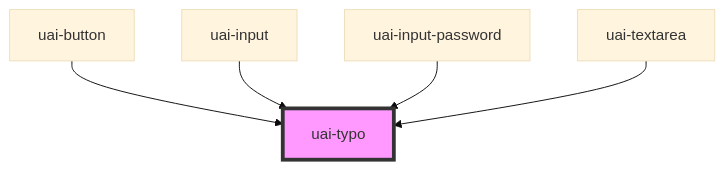
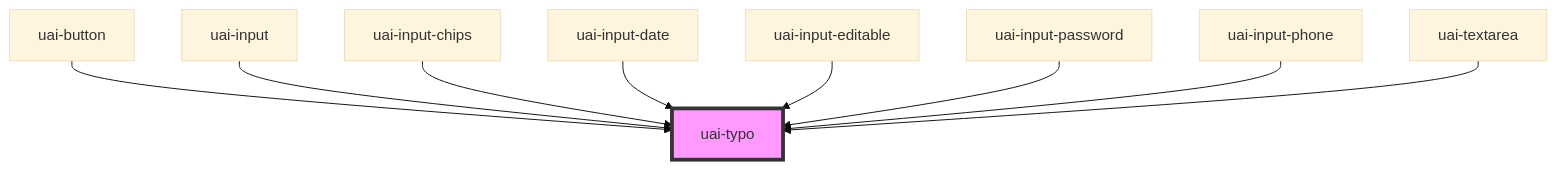
Before and after one commit to takenet/blip-ds: the diagram in src/components/uai-typo/readme.md, drawn with Mermaid (base theme). The commit also changed other lines of this file and 110 other files, not shown here.

First line of the commit message:
feat: complete UAI input family and fix avatar compatibility

````diff
--- a/src/components/uai-typo/readme.md
+++ b/src/components/uai-typo/readme.md
@@ -53,8 +57,12 @@
 ```mermaid
 graph TD;
   uai-button --> uai-typo
   uai-input --> uai-typo
+  uai-input-chips --> uai-typo
+  uai-input-date --> uai-typo
+  uai-input-editable --> uai-typo
   uai-input-password --> uai-typo
+  uai-input-phone --> uai-typo
   uai-textarea --> uai-typo
   style uai-typo fill:#f9f,stroke:#333,stroke-width:4px
 ```
````
